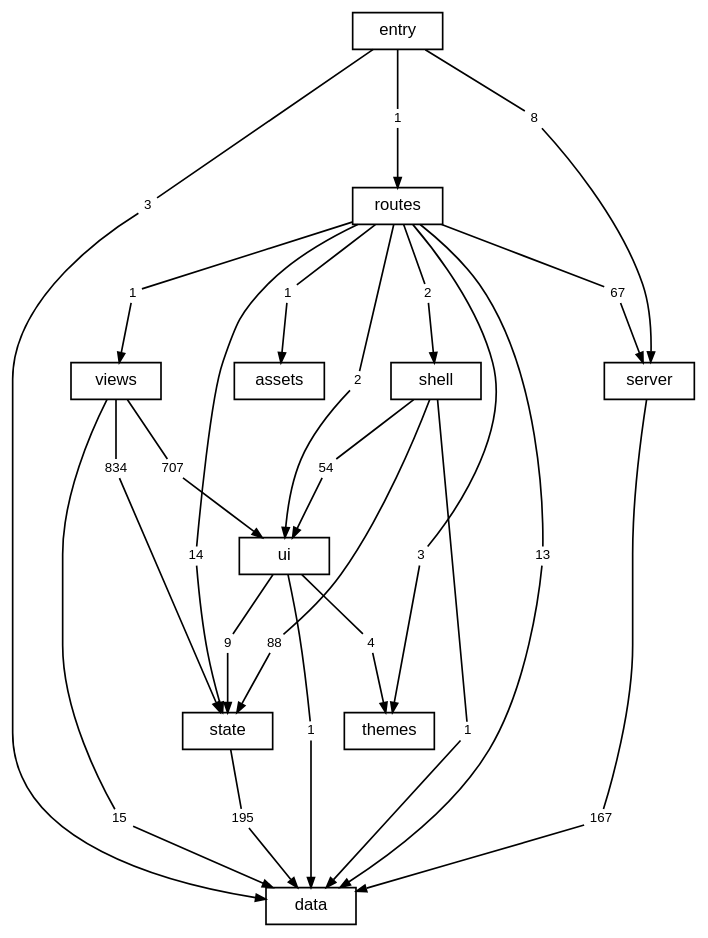
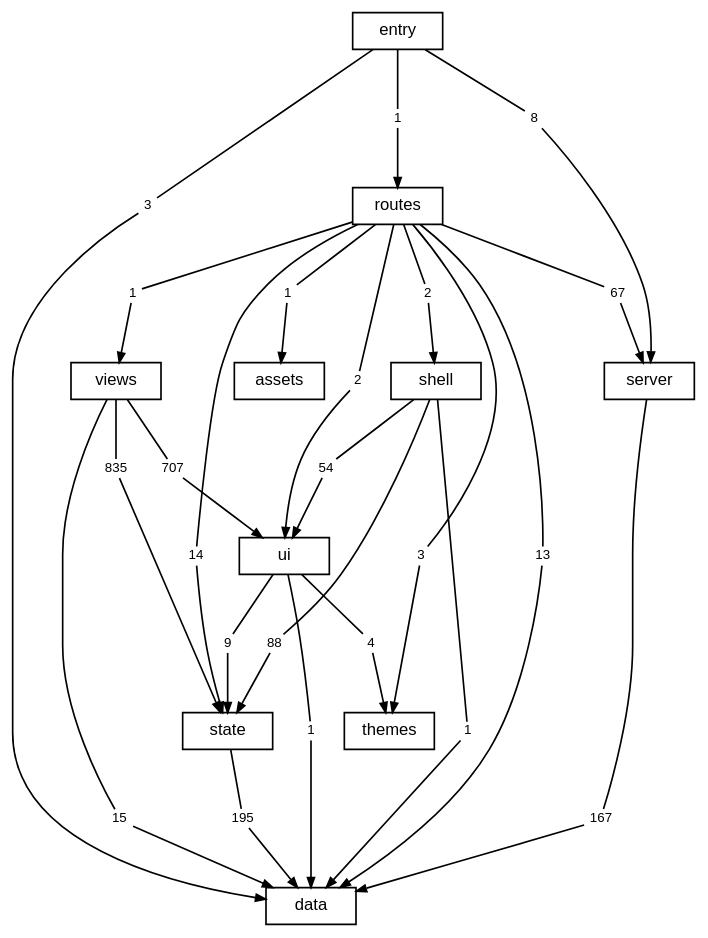
The diagram in docs/diagrams/layers.dot (TheAxeC/oculus), drawn with Graphviz before and after one commit. The commit also changed 15 other files, not shown here.

```diff
--- a/docs/diagrams/layers.dot
+++ b/docs/diagrams/layers.dot
@@ -1,81 +1,81 @@
 digraph layers {
     graph [bgcolor="transparent", rankdir=TB, newrank=true, fontname="Helvetica,Arial,sans-serif", fontsize=12, nodesep=0.2, ranksep=0.5];
     node [shape=box, color="black", fontcolor="black", fontname="Helvetica,Arial,sans-serif", fontsize=10, height=0.3, margin="0.12,0.04"];
     edge [color="black", fontcolor="black", fontname="Helvetica,Arial,sans-serif", fontsize=8, arrowsize=0.6];
     "data";
     "server";
     "state";
     "ui";
     "shell";
     "views";
     "themes";
     "routes";
     "src" [label="entry"];
     "files: assets" [label="assets"];
     "routes to data" [label="13", shape=box, color="transparent", fontsize=8, width=0, height=0, margin="0.04,0.02"];
     "routes" -> "routes to data" [arrowhead=none];
     "routes to data" -> "data" [];
     "routes to files: assets" [label="1", shape=box, color="transparent", fontsize=8, width=0, height=0, margin="0.04,0.02"];
     "routes" -> "routes to files: assets" [arrowhead=none];
     "routes to files: assets" -> "files: assets" [];
     "routes to server" [label="67", shape=box, color="transparent", fontsize=8, width=0, height=0, margin="0.04,0.02"];
     "routes" -> "routes to server" [arrowhead=none];
     "routes to server" -> "server" [];
     "routes to shell" [label="2", shape=box, color="transparent", fontsize=8, width=0, height=0, margin="0.04,0.02"];
     "routes" -> "routes to shell" [arrowhead=none];
     "routes to shell" -> "shell" [];
     "routes to state" [label="14", shape=box, color="transparent", fontsize=8, width=0, height=0, margin="0.04,0.02"];
     "routes" -> "routes to state" [arrowhead=none];
     "routes to state" -> "state" [];
     "routes to themes" [label="3", shape=box, color="transparent", fontsize=8, width=0, height=0, margin="0.04,0.02"];
     "routes" -> "routes to themes" [arrowhead=none];
     "routes to themes" -> "themes" [];
     "routes to ui" [label="2", shape=box, color="transparent", fontsize=8, width=0, height=0, margin="0.04,0.02"];
     "routes" -> "routes to ui" [arrowhead=none];
     "routes to ui" -> "ui" [];
     "routes to views" [label="1", shape=box, color="transparent", fontsize=8, width=0, height=0, margin="0.04,0.02"];
     "routes" -> "routes to views" [arrowhead=none];
     "routes to views" -> "views" [];
     "server to data" [label="167", shape=box, color="transparent", fontsize=8, width=0, height=0, margin="0.04,0.02"];
     "server" -> "server to data" [arrowhead=none];
     "server to data" -> "data" [];
     "shell to data" [label="1", shape=box, color="transparent", fontsize=8, width=0, height=0, margin="0.04,0.02"];
     "shell" -> "shell to data" [arrowhead=none];
     "shell to data" -> "data" [];
     "shell to state" [label="88", shape=box, color="transparent", fontsize=8, width=0, height=0, margin="0.04,0.02"];
     "shell" -> "shell to state" [arrowhead=none];
     "shell to state" -> "state" [];
     "shell to ui" [label="54", shape=box, color="transparent", fontsize=8, width=0, height=0, margin="0.04,0.02"];
     "shell" -> "shell to ui" [arrowhead=none];
     "shell to ui" -> "ui" [];
     "src to data" [label="3", shape=box, color="transparent", fontsize=8, width=0, height=0, margin="0.04,0.02"];
     "src" -> "src to data" [arrowhead=none];
     "src to data" -> "data" [];
     "src to routes" [label="1", shape=box, color="transparent", fontsize=8, width=0, height=0, margin="0.04,0.02"];
     "src" -> "src to routes" [arrowhead=none];
     "src to routes" -> "routes" [];
     "src to server" [label="8", shape=box, color="transparent", fontsize=8, width=0, height=0, margin="0.04,0.02"];
     "src" -> "src to server" [arrowhead=none];
     "src to server" -> "server" [];
     "state to data" [label="195", shape=box, color="transparent", fontsize=8, width=0, height=0, margin="0.04,0.02"];
     "state" -> "state to data" [arrowhead=none];
     "state to data" -> "data" [];
     "ui to data" [label="1", shape=box, color="transparent", fontsize=8, width=0, height=0, margin="0.04,0.02"];
     "ui" -> "ui to data" [arrowhead=none];
     "ui to data" -> "data" [];
     "ui to state" [label="9", shape=box, color="transparent", fontsize=8, width=0, height=0, margin="0.04,0.02"];
     "ui" -> "ui to state" [arrowhead=none];
     "ui to state" -> "state" [];
     "ui to themes" [label="4", shape=box, color="transparent", fontsize=8, width=0, height=0, margin="0.04,0.02"];
     "ui" -> "ui to themes" [arrowhead=none];
     "ui to themes" -> "themes" [];
     "views to data" [label="15", shape=box, color="transparent", fontsize=8, width=0, height=0, margin="0.04,0.02"];
     "views" -> "views to data" [arrowhead=none];
     "views to data" -> "data" [];
-    "views to state" [label="834", shape=box, color="transparent", fontsize=8, width=0, height=0, margin="0.04,0.02"];
+    "views to state" [label="835", shape=box, color="transparent", fontsize=8, width=0, height=0, margin="0.04,0.02"];
     "views" -> "views to state" [arrowhead=none];
     "views to state" -> "state" [];
     "views to ui" [label="707", shape=box, color="transparent", fontsize=8, width=0, height=0, margin="0.04,0.02"];
     "views" -> "views to ui" [arrowhead=none];
     "views to ui" -> "ui" [];
 }
```
